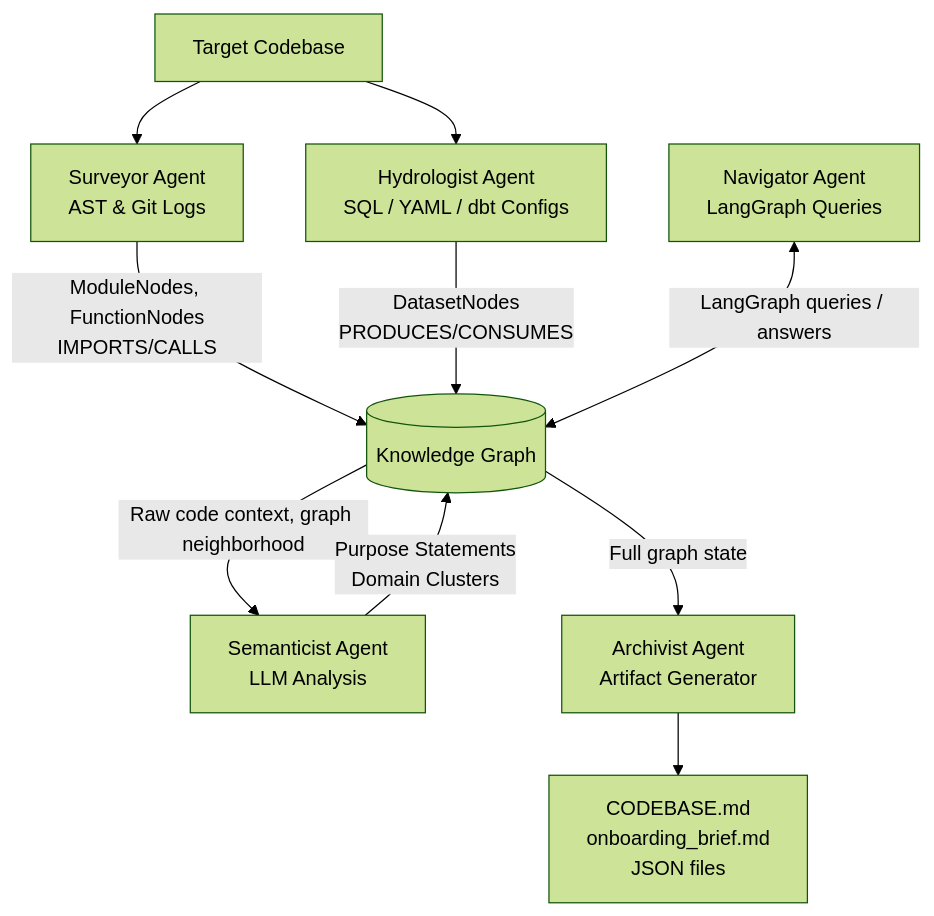
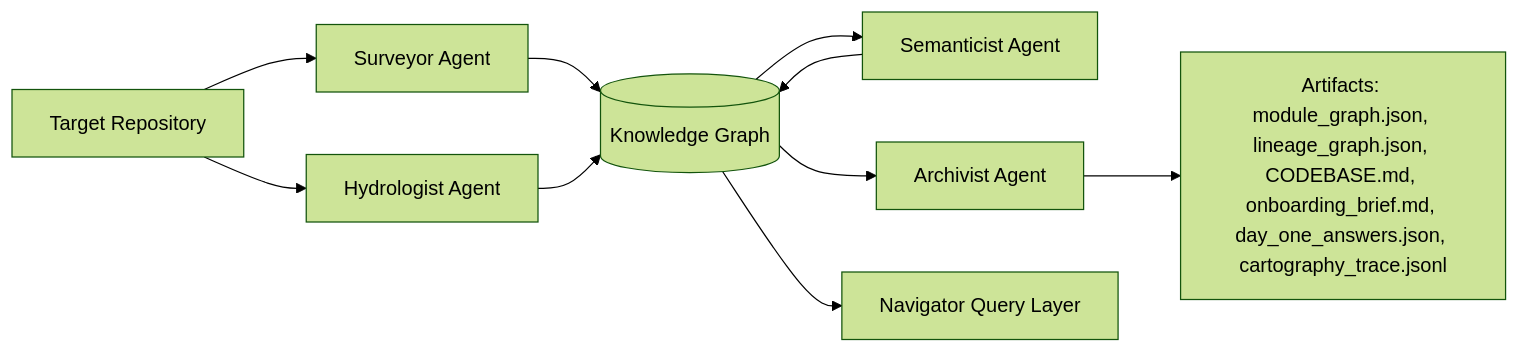
The diagram in RECONNAISSANCE.md (chacha1921/The_Brownfield_Cartographer), drawn with Mermaid (forest theme) before and after one commit. The commit also changed other lines of this file and 17 other files, not shown here.

````diff
--- a/RECONNAISSANCE.md
+++ b/RECONNAISSANCE.md
@@ -49,25 +70,12 @@
 ```mermaid
-graph TD
-	Codebase[Target Codebase]
-	Surveyor[Surveyor Agent\nAST & Git Logs]
-	Hydrologist[Hydrologist Agent\nSQL / YAML / dbt Configs]
-	KG[(Knowledge Graph)]
-	Semanticist[Semanticist Agent\nLLM Analysis]
-	Archivist[Archivist Agent\nArtifact Generator]
-	Navigator[Navigator Agent\nLangGraph Queries]
-	Outputs[CODEBASE.md\nonboarding_brief.md\nJSON files]
-
-	Codebase --> Surveyor
-	Codebase --> Hydrologist
-
-	Surveyor -- "ModuleNodes, FunctionNodes\nIMPORTS/CALLS" --> KG
-	Hydrologist -- "DatasetNodes\nPRODUCES/CONSUMES" --> KG
-
-	KG -- "Raw code context, graph neighborhood" --> Semanticist
-	Semanticist -- "Purpose Statements\nDomain Clusters" --> KG
-
-	KG -- "Full graph state" --> Archivist
-	Archivist --> Outputs
-
-	Navigator <-- "LangGraph queries / answers" --> KG
+flowchart LR
+    A[Target Repository] --> B[Surveyor Agent]
+    A --> C[Hydrologist Agent]
+    B --> D[(Knowledge Graph)]
+    C --> D
+    D --> E[Semanticist Agent]
+    E --> D
+    D --> F[Archivist Agent]
+    F --> G[Artifacts: module_graph.json, lineage_graph.json, CODEBASE.md, onboarding_brief.md, day_one_answers.json, cartography_trace.jsonl]
+    D --> H[Navigator Query Layer]
 ```
````
